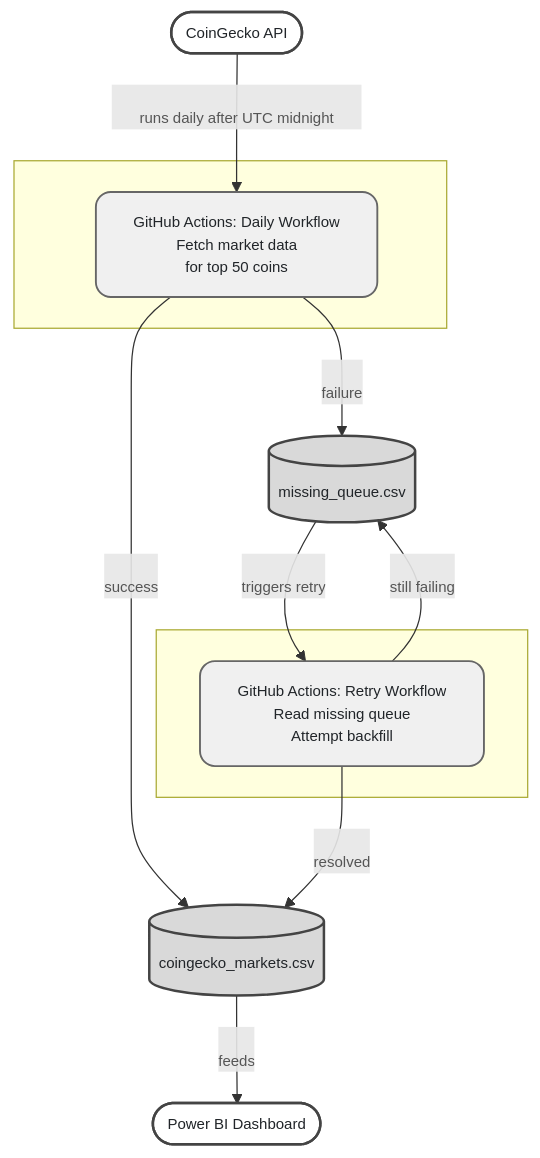
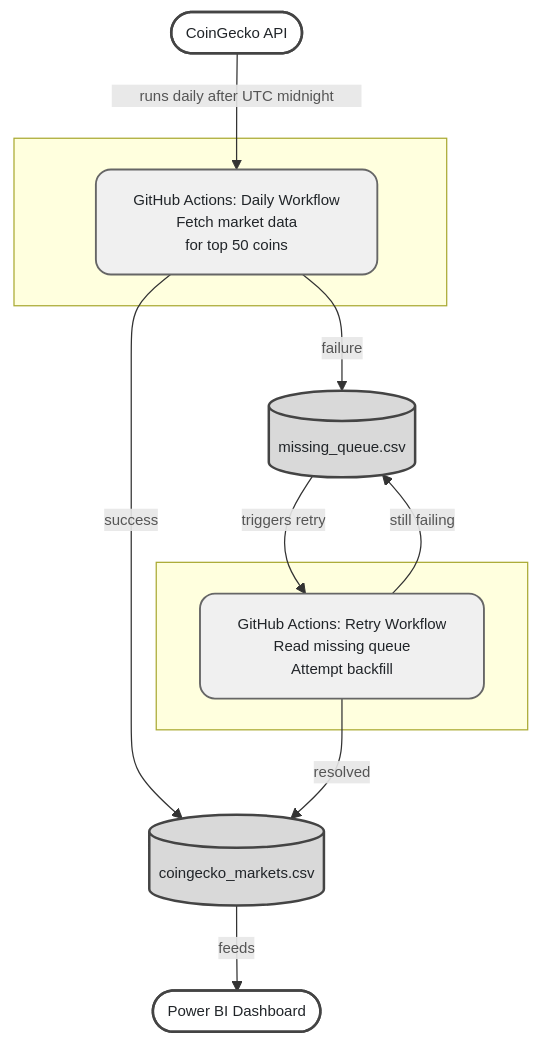
Before and after one commit to M1ck3yJ0/crypto_analytics_pipeline: the diagram in README.md, drawn with Mermaid.

````diff
--- a/README.md
+++ b/README.md
@@ -24,26 +24,26 @@
 ```mermaid
 flowchart TD
     classDef api fill:#ffffff,stroke:#444444,stroke-width:2px,color:#212529
     classDef action fill:#f0f0f0,stroke:#666666,stroke-width:1.5px,color:#212529,rx:12,ry:12
     classDef storage fill:#d9d9d9,stroke:#444444,stroke-width:2px,color:#212529
     classDef output fill:#ffffff,stroke:#444444,stroke-width:2px,color:#212529
     classDef label fill:#e8e8e8,stroke:#e8e8e8,color:#555555,font-size:12px
 
     A([CoinGecko API]):::api
 
     subgraph GHA1 [" "]
         B["GitHub Actions: Daily Workflow\nFetch market data\nfor top 50 coins"]:::action
     end
 
     subgraph GHA2 [" "]
         E["GitHub Actions: Retry Workflow\nRead missing queue\nAttempt backfill"]:::action
     end
 
-    A -->|\nruns daily after UTC midnight\n | B
-    B -->|\nsuccess\n | C[(coingecko_markets.csv)]:::storage
-    B -->|\nfailure\n | D[(missing_queue.csv)]:::storage
-    D -->|\ntriggers retry\n | E
-    E -->|\nresolved\n | C
-    E -->|\nstill failing\n | D
-    C -->|\nfeeds\n | F([Power BI Dashboard]):::output
+    A -->|runs daily after UTC midnight| B
+    B -->|success| C[(coingecko_markets.csv)]:::storage
+    B -->|failure| D[(missing_queue.csv)]:::storage
+    D -->|triggers retry| E
+    E -->|resolved| C
+    E -->|still failing| D
+    C -->|feeds| F([Power BI Dashboard]):::output
 ```
````
